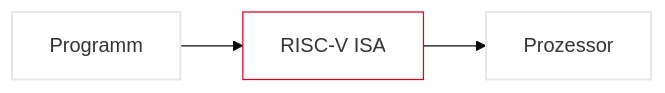
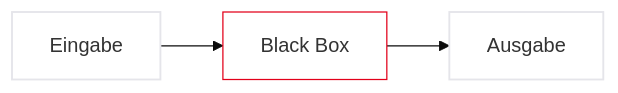
Before and after one commit to dantschi/mct1: the fourth of 38 diagrams in vorlesungen/01_kickoff.qmd, drawn with Mermaid (base theme). The commit also changed other lines of this file, not shown here.

````diff
--- a/vorlesungen/01_kickoff.qmd
+++ b/vorlesungen/01_kickoff.qmd
@@ -45,8 +193,8 @@
 ```{mermaid}
 graph LR
-  A[Programm] --> B[RISC-V ISA]
-  B --> C[Prozessor]
-  style A fill:#FFFFFF,stroke:#E5E5EA,stroke-width:1.5px
+  Input[Eingabe] --> B[Black Box]
+  B --> Output[Ausgabe]
   style B fill:#FFFFFF,stroke:#E2001A,stroke-width:2px !important
-  style C fill:#FFFFFF,stroke:#E5E5EA,stroke-width:1.5px
+  style Input fill:#FFFFFF,stroke:#E5E5EA,stroke-width:1.5px
+  style Output fill:#FFFFFF,stroke:#E5E5EA,stroke-width:1.5px
 ```
````
